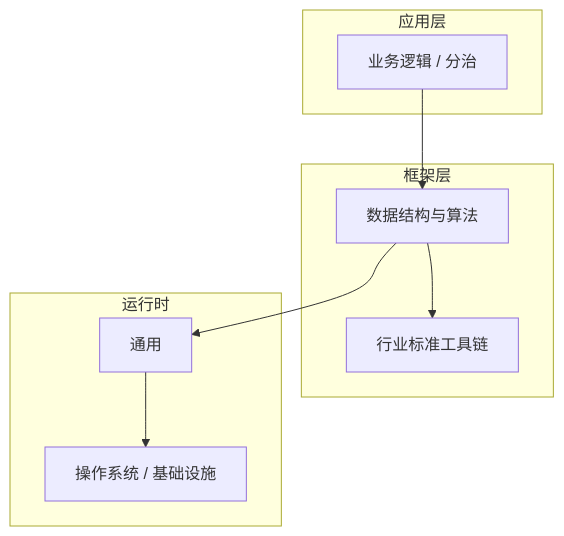
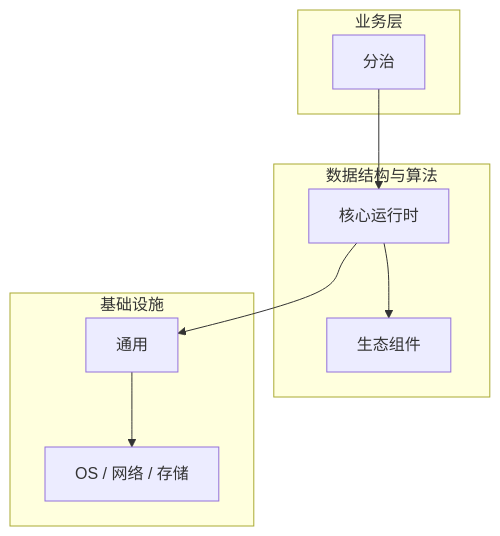
One commit to yanggan2015/knowledge-json-v2 changed the diagram in articles/数据结构与算法/chapters/129-分治核心概念与原理.md. Above: the diagram before and after it, drawn with Mermaid. The commit also changed other lines of this file and 10127 other files, not shown here.

````diff
--- a/articles/数据结构与算法/chapters/129-分治核心概念与原理.md
+++ b/articles/数据结构与算法/chapters/129-分治核心概念与原理.md
@@ -45,18 +30,18 @@
 ```mermaid
 graph TB
-    subgraph 应用层
-        A[业务逻辑 / 分治]
+    subgraph 业务层
+        A[分治]
     end
-    subgraph 框架层
-        B[数据结构与算法]
-        C[行业标准工具链]
+    subgraph 数据结构与算法
+        B[核心运行时]
+        C[生态组件]
     end
-    subgraph 运行时
+    subgraph 基础设施
         D[通用]
-        E[操作系统 / 基础设施]
+        E[OS / 网络 / 存储]
     end
     A --> B
     B --> C
     B --> D
     D --> E
 ```
````
